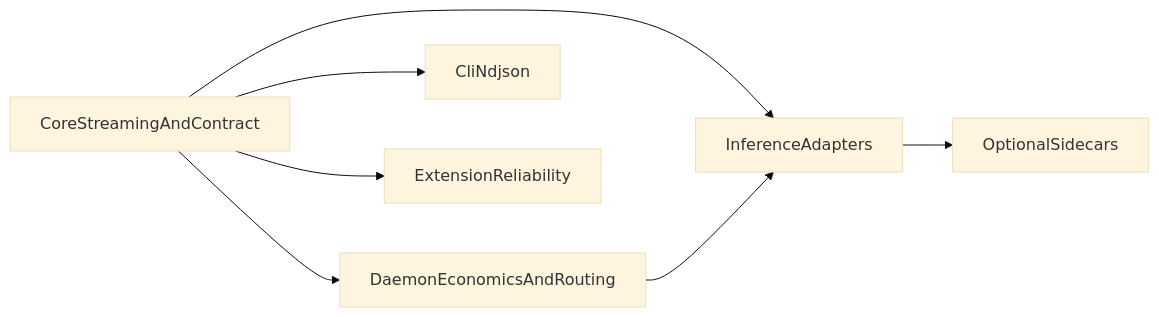
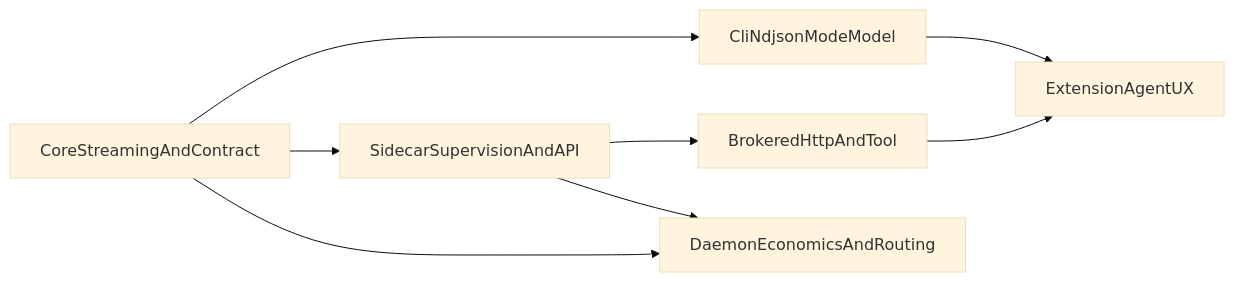
The diagram in docs/ROADMAP.md (thsfranca/rex), drawn with Mermaid (base theme) before and after one commit. The commit also changed other lines of this file and 20 other files, not shown here.

First line of the commit message:
docs: redefine Phase 1 MVP around sidecar agent (#162)

````diff
--- a/docs/ROADMAP.md
+++ b/docs/ROADMAP.md
@@ -13,15 +13,16 @@
 ```mermaid
 flowchart LR
   core[CoreStreamingAndContract]
+  side[SidecarSupervisionAndAPI]
+  broker[BrokeredHttpAndTool]
+  ext[ExtensionAgentUX]
+  cli[CliNdjsonModeModel]
   econ[DaemonEconomicsAndRouting]
-  cli[CliNdjson]
-  ext[ExtensionReliability]
-  adapter[InferenceAdapters]
-  sidecars[OptionalSidecars]
   core --> cli
+  core --> side
+  side --> broker
+  broker --> ext
+  cli --> ext
   core --> econ
-  core --> ext
-  core --> adapter
-  econ --> adapter
-  adapter --> sidecars
+  side --> econ
 ```
````
